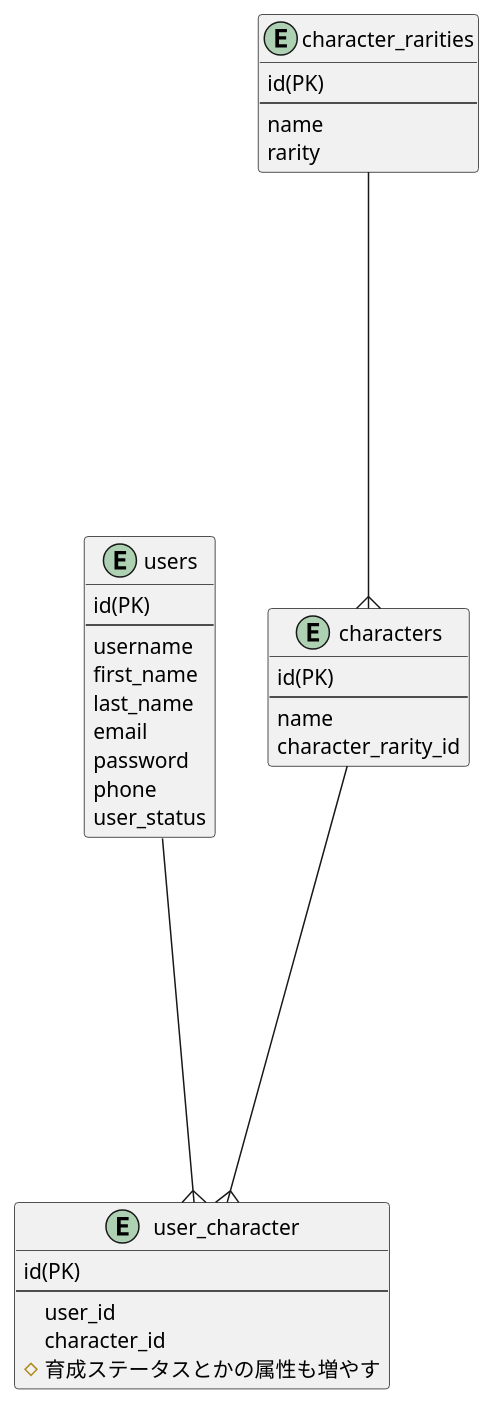
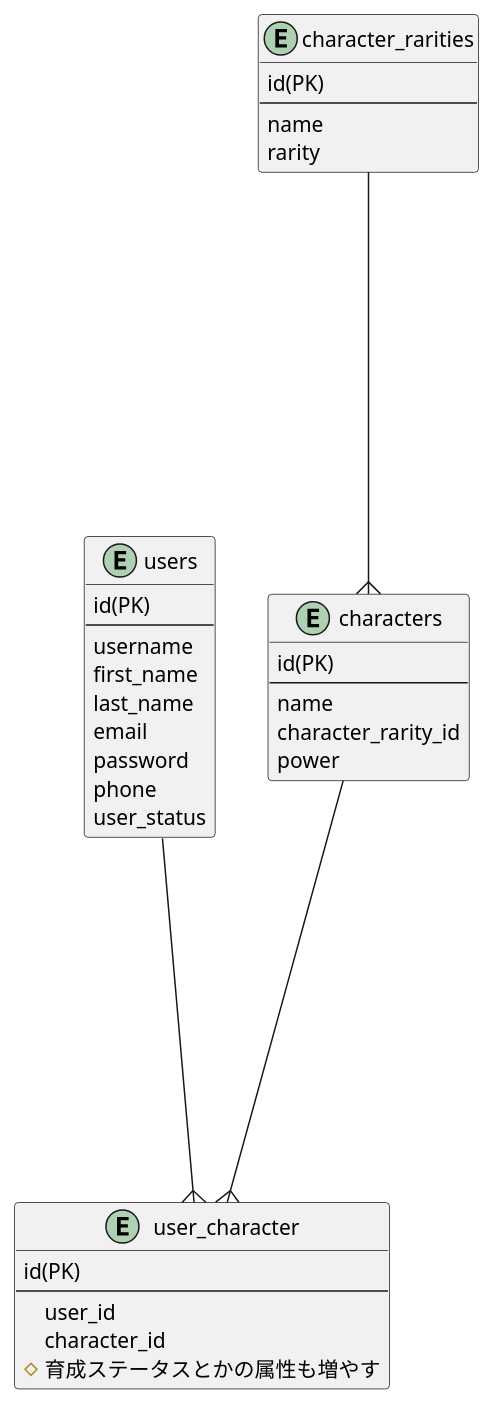
Before and after one commit to taka011002/go_sample_api_server: the diagram in other/uml/table.puml, drawn with PlantUML. The commit also changed 9 other files, not shown here.

```diff
--- a/other/uml/table.puml
+++ b/other/uml/table.puml
@@ -1,40 +1,41 @@
 @startuml
 entity users {
 id(PK)
 --
 username
 first_name
 last_name
 email
 password
 phone
 user_status
 }
 
 entity characters {
 id(PK)
 --
 name
 character_rarity_id
+power
 }
 
 entity user_character {
 id(PK)
 --
 user_id
 character_id
 # 育成ステータスとかの属性も増やす
 }
 
 entity character_rarities {
 id(PK)
 --
 name
 rarity
 }
 
 users -----{ user_character
 characters -----{ user_character
 character_rarities -----{ characters
 
 @enduml
```
